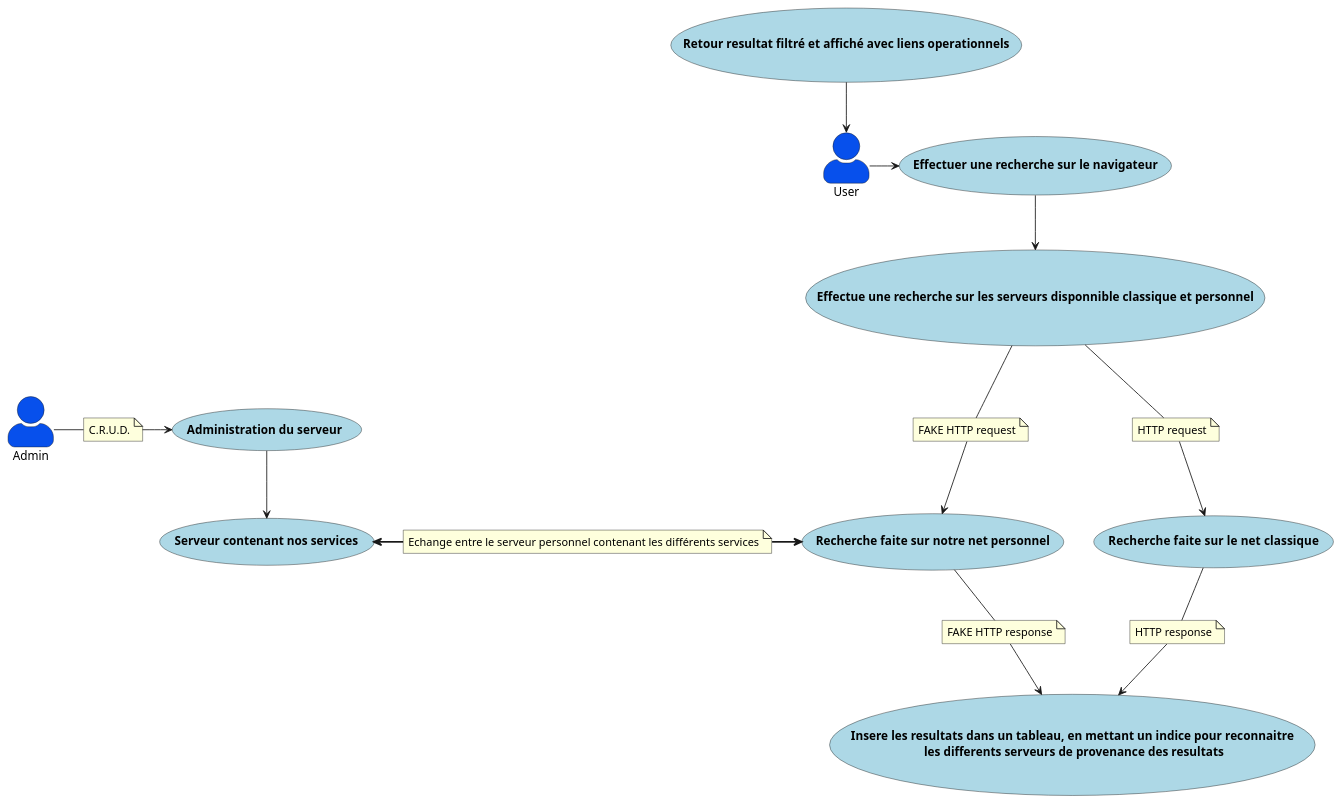
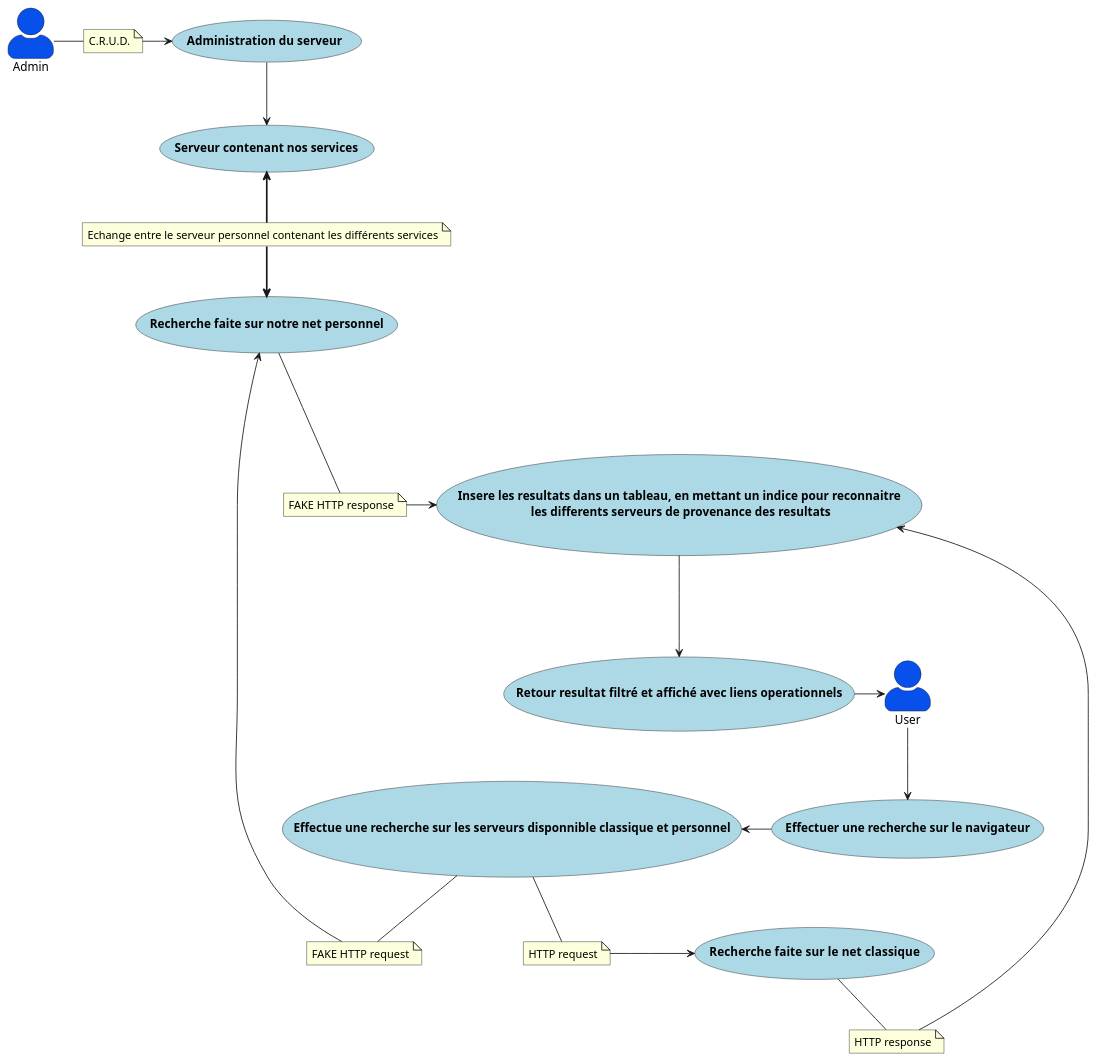
One commit to DWWM-AFPA/OverNet changed the diagram in UseCase/Overnet.puml. Above: the diagram before and after it, drawn with PlantUML. The commit also changed 1 other file, not shown here.

```diff
--- a/UseCase/Overnet.puml
+++ b/UseCase/Overnet.puml
@@ -1,50 +1,51 @@
 @startuml
 skinparam actorStyle awesome
 
 Admin #0750EC
 User #0750EC
 (**Effectuer une recherche sur le navigateur**) as (Search) #LightBlue
 (**Effectue une recherche sur les serveurs disponnible classique et personnel**) as (SearchDirection) #LightBlue
 (**Recherche faite sur le  net classique**) as (Classic) #LightBlue
 (**Recherche faite sur notre net personnel**) as (Personnal) #LightBlue
 (**Insere les resultats dans un tableau, en mettant un indice pour reconnaitre**\n **les differents serveurs de provenance des resultats**) as (compilResult) #LightBlue
 
 (**Retour resultat filtré et affiché avec liens operationnels**) as (filteredResult) #LightBlue
 
 (**Administration du serveur**) as (admin) #LightBlue
 (**Serveur contenant nos services**) as (serv) #LightBlue
 
 note "C.R.U.D." as N1
 note "HTTP request" as N2
 note "FAKE HTTP request" as N3
 note "HTTP response" as N4
 note "FAKE HTTP response" as N5
 note "Echange entre le serveur personnel contenant les différents services" as N6
 
 Admin  - (N1)
 (N1) -> (admin)
 (admin) --> (serv)
+User --> (Search)
 
-User -> (Search)
-    Search --> (SearchDirection)
+    Search -> (SearchDirection)
         (SearchDirection) -- N2
-            N2 --> (Classic)
+            N2 -> (Classic)
 
         (SearchDirection) -- N3
-            N3 --> (Personnal)
+            N3 -> (Personnal)
 
         (Classic) -- N4
-            N4 --> (compilResult)
+            N4 -> (compilResult)
 
-        (Personnal) -- N5
-            N5 --> (compilResult)
+        (Personnal) --- N5
+            N5 -> (compilResult)
 
 
-    (filteredResult) --> (User)
+    (filteredResult) -> (User)
+    (compilResult) ---> (filteredResult)
 
-(serv) <= N6
- N6 => (Personnal)
+(serv) <== N6
+ N6 ==> (Personnal)
 
 
 
 @enduml
```
